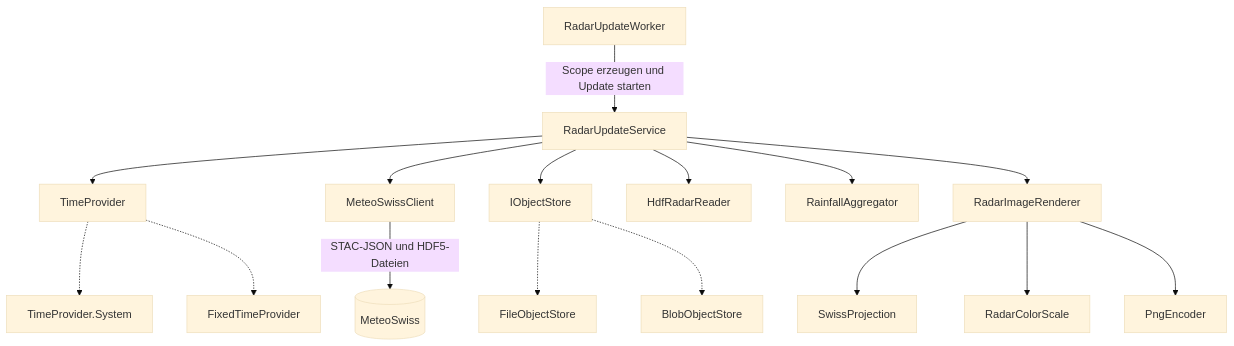
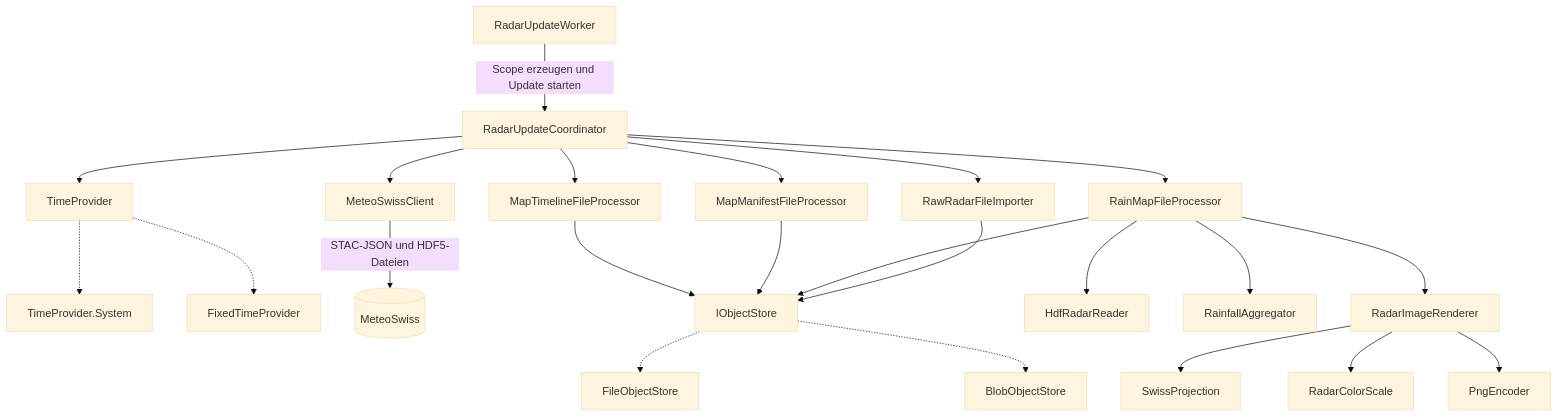
One commit to ezeh2/swiss-rain-radar changed the first of 2 diagrams in src/SwissRainRadar.Web/Services/SERVICES.md. Above: the diagram before and after it, drawn with Mermaid (base theme). The commit also changed other lines of this file and 12 other files, not shown here.

Commit message:
added RadarUpdateCoordinater.cs, which uses many small service classes

````diff
--- a/src/SwissRainRadar.Web/Services/SERVICES.md
+++ b/src/SwissRainRadar.Web/Services/SERVICES.md
@@ -8,23 +8,30 @@
 ```mermaid
 flowchart TD
-    Worker[RadarUpdateWorker] -->|Scope erzeugen und Update starten| Update[RadarUpdateService]
+    Worker[RadarUpdateWorker] -->|Scope erzeugen und Update starten| Update[RadarUpdateCoordinator]
 
     Update --> Time[TimeProvider]
     Time -.-> SystemTime[TimeProvider.System]
     Time -.-> FixedTime[FixedTimeProvider]
 
     Update --> Client[MeteoSwissClient]
+    Update --> Importer[RawRadarFileImporter]
+    Update --> Maps[RainMapFileProcessor]
+    Update --> Manifest[MapManifestFileProcessor]
+    Update --> Timeline[MapTimelineFileProcessor]
     Client -->|STAC-JSON und HDF5-Dateien| MeteoSwiss[(MeteoSwiss)]
 
-    Update --> Store[IObjectStore]
+    Importer --> Store[IObjectStore]
+    Maps --> Store
+    Manifest --> Store
+    Timeline --> Store
     Store -.-> FileStore[FileObjectStore]
     Store -.-> BlobStore[BlobObjectStore]
 
-    Update --> Reader[HdfRadarReader]
-    Update --> Aggregator[RainfallAggregator]
-    Update --> Renderer[RadarImageRenderer]
+    Maps --> Reader[HdfRadarReader]
+    Maps --> Aggregator[RainfallAggregator]
+    Maps --> Renderer[RadarImageRenderer]
 
     Renderer --> Projection[SwissProjection]
     Renderer --> Colors[RadarColorScale]
     Renderer --> Encoder[PngEncoder]
 ```
````
